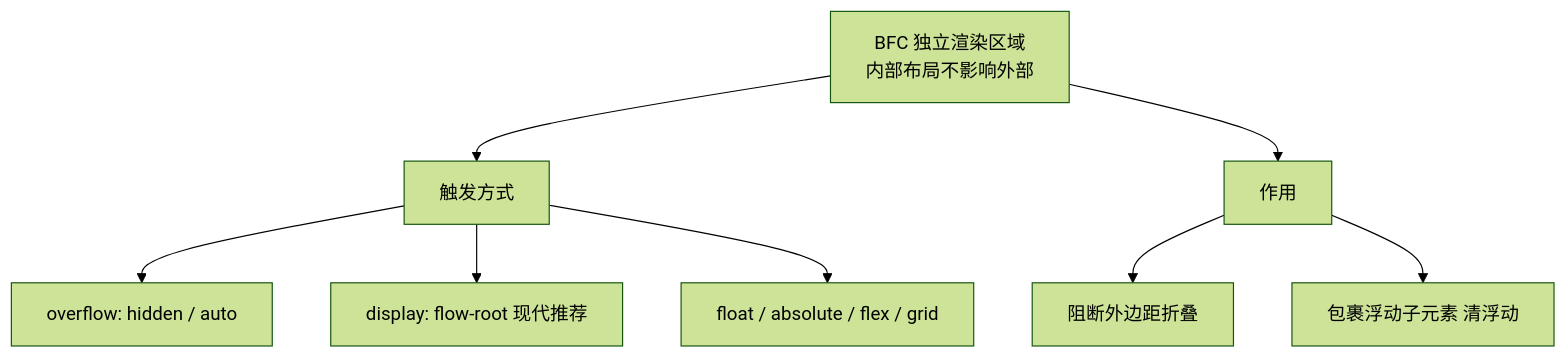
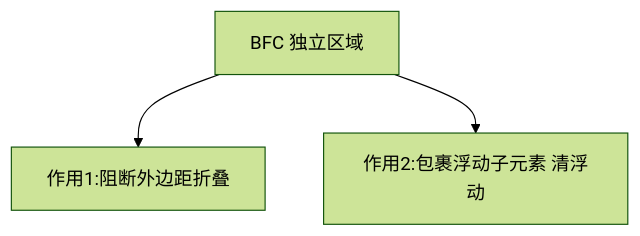
Before and after one commit to inspire-man/frontend-knowledge-base: the first of 2 diagrams in frontend-knowledge-base/卷三-HTML与CSS/3.3-布局体系上-常规流与Flex与BFC.md, drawn with Mermaid (forest theme). The commit also changed other lines of this file and 2 other files, not shown here.

````diff
--- a/frontend-knowledge-base/卷三-HTML与CSS/3.3-布局体系上-常规流与Flex与BFC.md
+++ b/frontend-knowledge-base/卷三-HTML与CSS/3.3-布局体系上-常规流与Flex与BFC.md
@@ -28,10 +40,5 @@
 ```mermaid
 flowchart TD
-    A[BFC 独立渲染区域<br/>内部布局不影响外部] --> B[触发方式]
-    B --> B1[overflow: hidden / auto]
-    B --> B2[display: flow-root 现代推荐]
-    B --> B3[float / absolute / flex / grid]
-    A --> C[作用]
-    C --> C1[阻断外边距折叠]
-    C --> C2[包裹浮动子元素 清浮动]
+    A[BFC 独立区域] --> B[作用1:阻断外边距折叠]
+    A --> C[作用2:包裹浮动子元素 清浮动]
 ```
````
